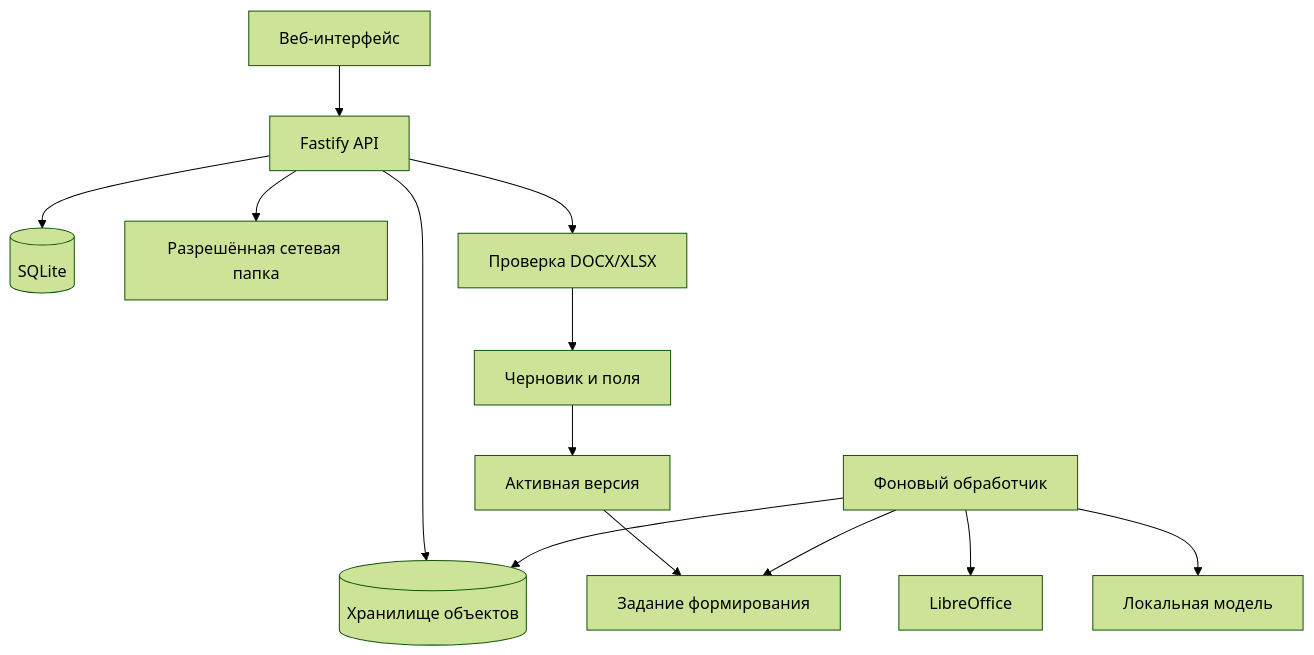
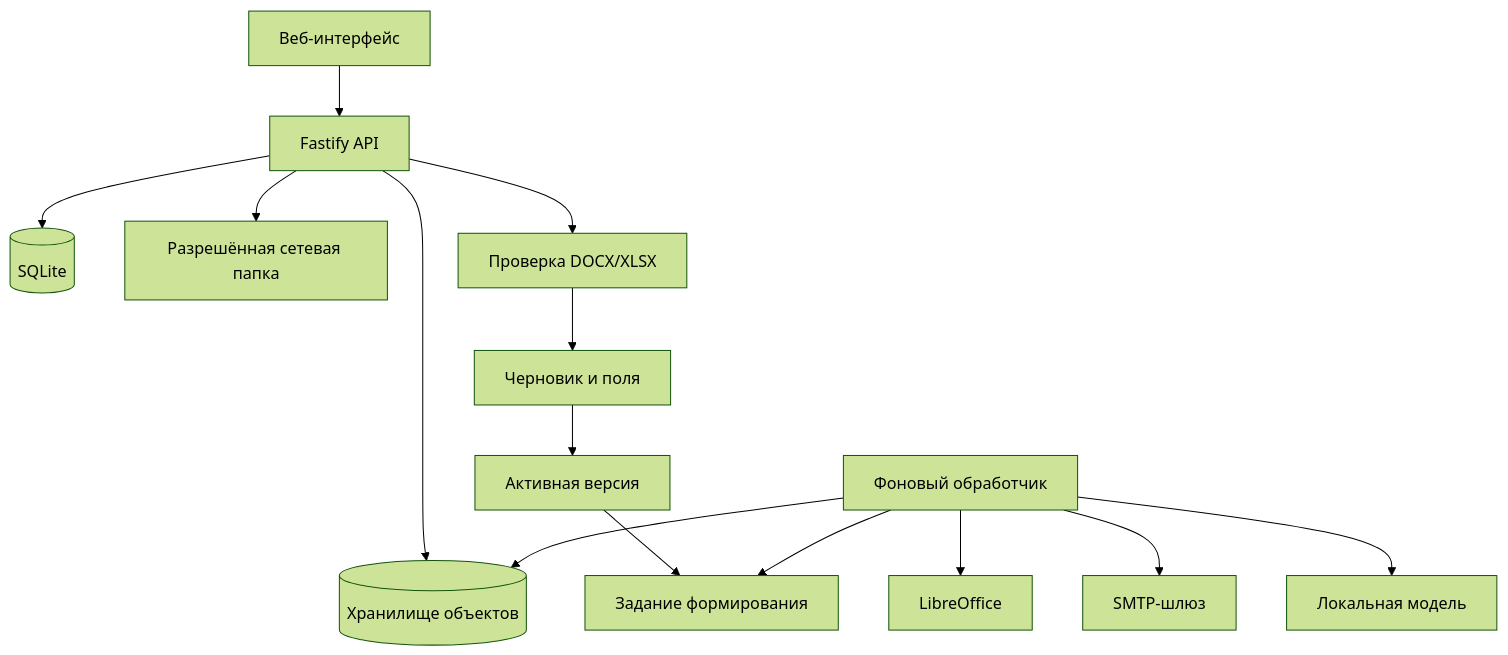
The diagram in README.md (f2re/docomator), drawn with Mermaid (forest theme) before and after one commit. The commit also changed other lines of this file, not shown here.

Commit message:
Отразить готовую SMTP-доставку

````diff
--- a/README.md
+++ b/README.md
@@ -183,15 +180,16 @@
 ```mermaid
 flowchart TB
     UI[Веб-интерфейс] --> API[Fastify API]
     API --> DB[(SQLite)]
     API --> OBJECTS[(Хранилище объектов)]
     API --> SHARE[Разрешённая сетевая папка]
     API --> INTAKE[Проверка DOCX/XLSX]
     INTAKE --> DRAFT[Черновик и поля]
     DRAFT --> RELEASE[Активная версия]
     RELEASE --> JOB[Задание формирования]
     WORKER[Фоновый обработчик] --> JOB
     WORKER --> OBJECTS
     WORKER --> LO[LibreOffice]
+    WORKER --> SMTP[SMTP-шлюз]
     WORKER --> LLM[Локальная модель]
 ```
````
